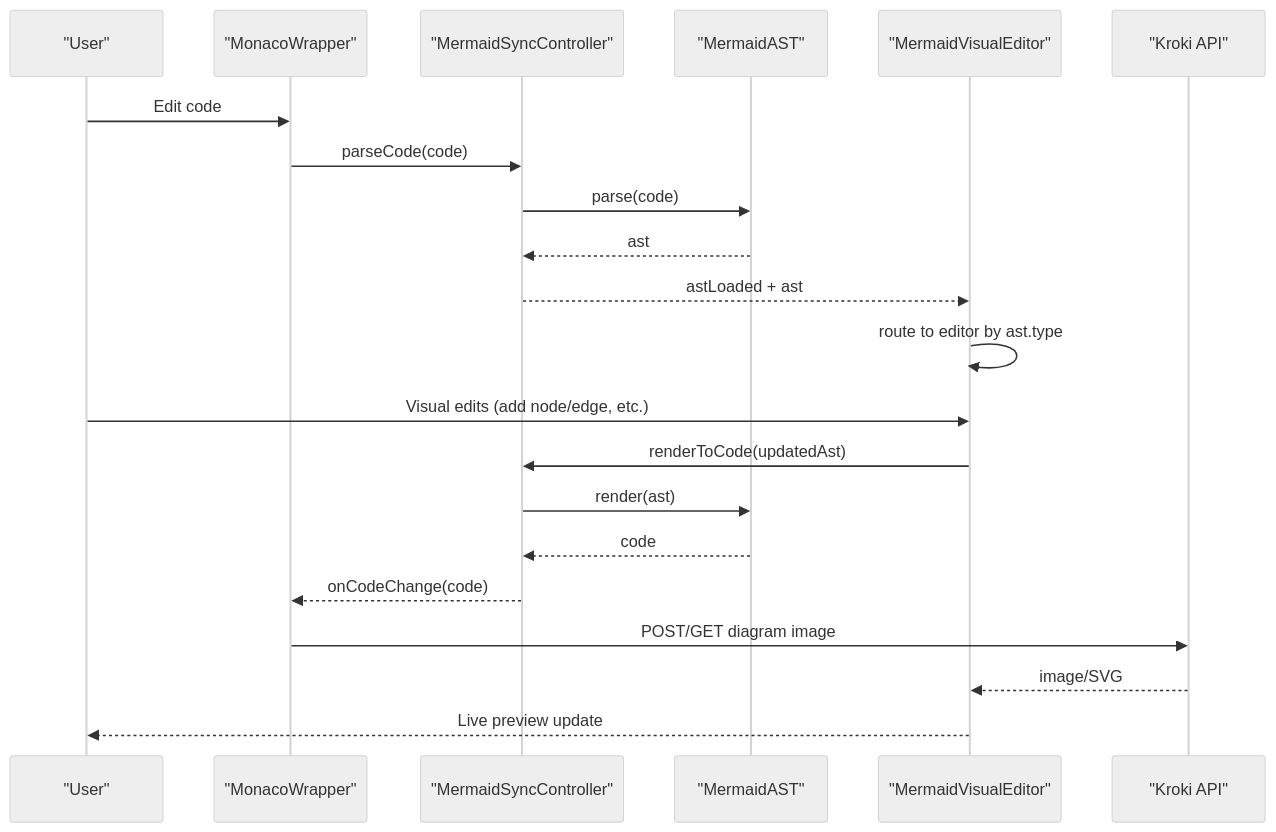
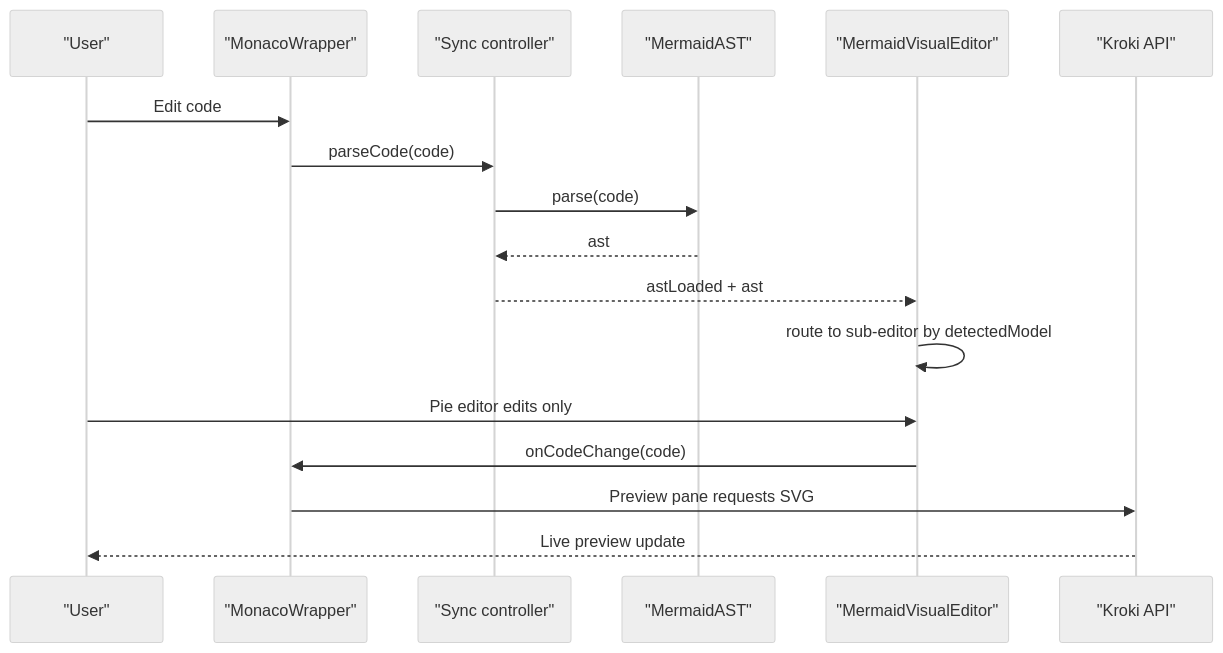
Before and after one commit to ongchonghian/universal-diagram-editor: the second of 6 diagrams in .qoder/repowiki/en/content/Diagram Types and Formats/Mermaid Diagrams/Mermaid Diagrams.md, drawn with Mermaid (neutral theme). The commit also changed other lines of this file and 31 other files, not shown here.

````diff
--- a/.qoder/repowiki/en/content/Diagram Types and Formats/Mermaid Diagrams/Mermaid Diagrams.md
+++ b/.qoder/repowiki/en/content/Diagram Types and Formats/Mermaid Diagrams/Mermaid Diagrams.md
@@ -112,23 +105,19 @@
 ```mermaid
 sequenceDiagram
 participant User as "User"
 participant Monaco as "MonacoWrapper"
-participant Sync as "MermaidSyncController"
+participant Sync as "Sync controller"
 participant AST as "MermaidAST"
 participant Router as "MermaidVisualEditor"
 participant Kroki as "Kroki API"
-User->>Monaco : Edit code
-Monaco->>Sync : parseCode(code)
-Sync->>AST : parse(code)
-AST-->>Sync : ast
-Sync-->>Router : astLoaded + ast
-Router->>Router : route to editor by ast.type
-User->>Router : Visual edits (add node/edge, etc.)
-Router->>Sync : renderToCode(updatedAst)
-Sync->>AST : render(ast)
-AST-->>Sync : code
-Sync-->>Monaco : onCodeChange(code)
-Monaco->>Kroki : POST/GET diagram image
-Kroki-->>Router : image/SVG
-Router-->>User : Live preview update
+User->>Monaco: Edit code
+Monaco->>Sync: parseCode(code)
+Sync->>AST: parse(code)
+AST-->>Sync: ast
+Sync-->>Router: astLoaded + ast
+Router->>Router: route to sub-editor by detectedModel
+User->>Router: Pie editor edits only
+Router->>Monaco: onCodeChange(code)
+Monaco->>Kroki: Preview pane requests SVG
+Kroki-->>User: Live preview update
 ```
````
